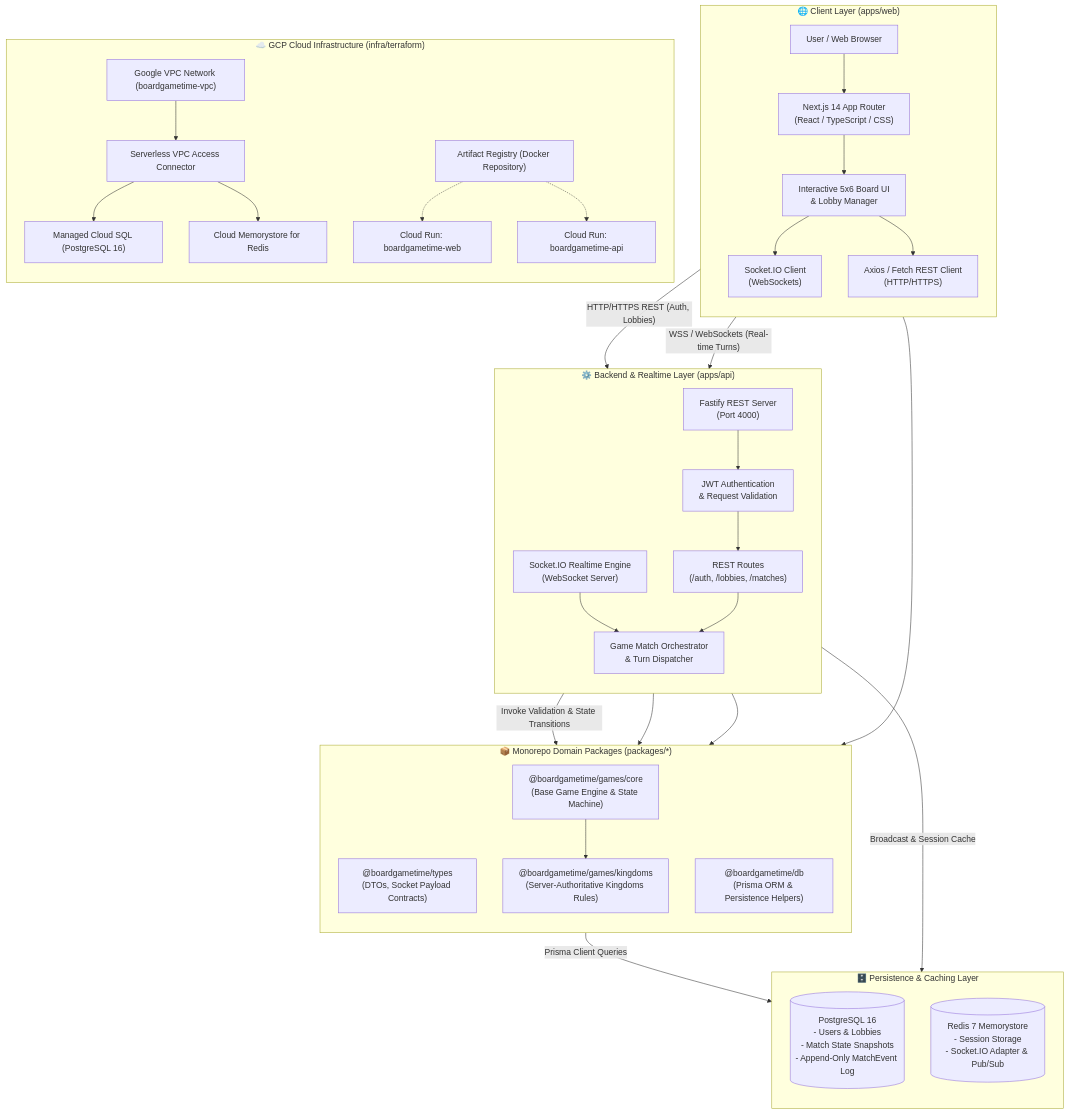
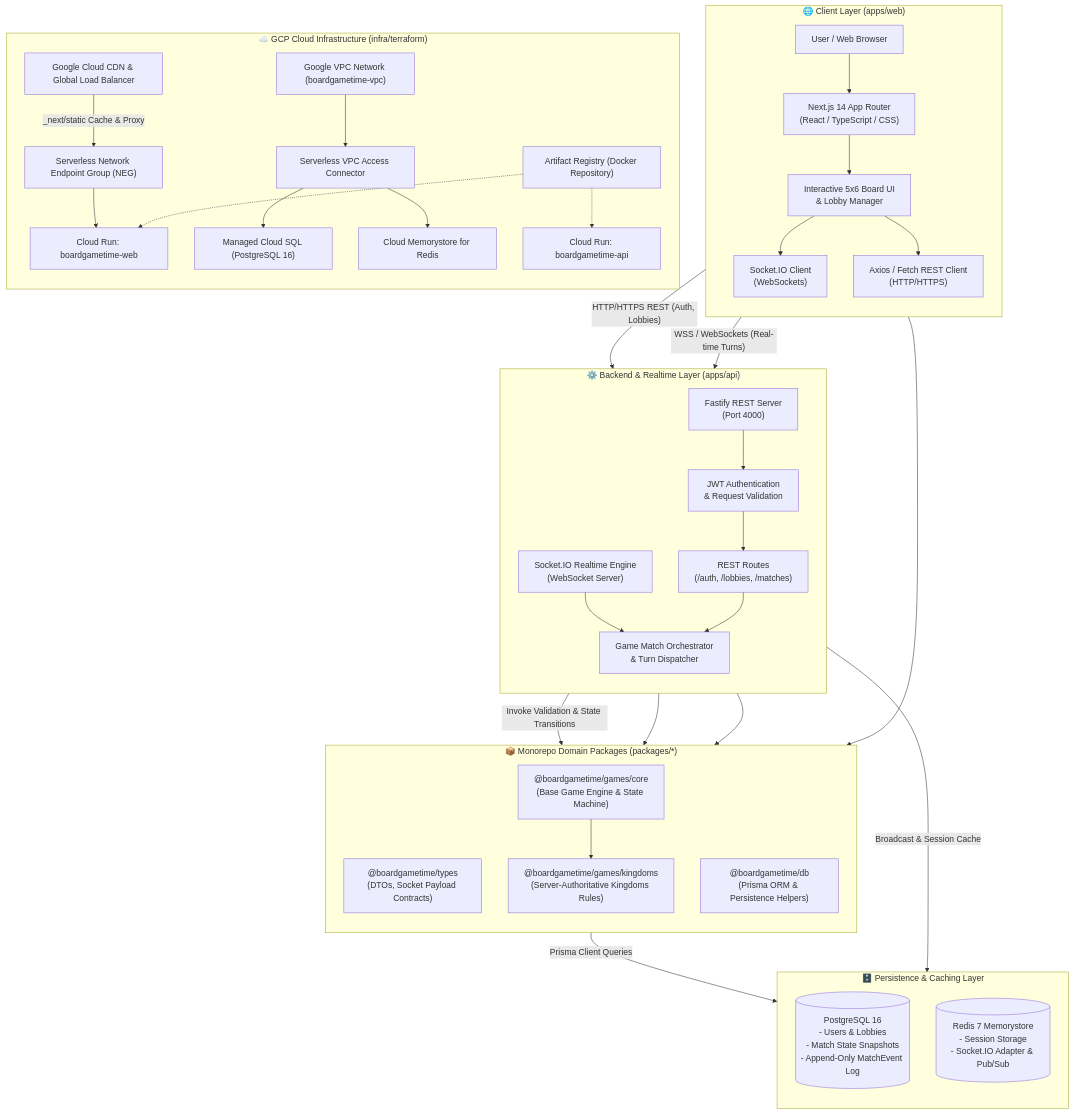
One commit to mbetzel/boardgametime changed the first of 2 diagrams in docs/architecture.md. Above: the diagram before and after it, drawn with Mermaid. The commit also changed other lines of this file and 1 other file, not shown here.

```diff
--- a/docs/architecture.md
+++ b/docs/architecture.md
@@ -69,6 +69,8 @@
     %% ==========================================
     subgraph InfraTier["☁️ GCP Cloud Infrastructure (infra/terraform)"]
         direction TB
+        CloudCDN["Google Cloud CDN & Global Load Balancer"]
+        ServerlessNEG["Serverless Network Endpoint Group (NEG)"]
         VPC["Google VPC Network (boardgametime-vpc)"]
         VPCConn["Serverless VPC Access Connector"]
         CloudRunWeb["Cloud Run: boardgametime-web"]
@@ -77,6 +79,8 @@
         CloudRedis["Cloud Memorystore for Redis"]
         ArtifactReg["Artifact Registry (Docker Repository)"]
 
+        CloudCDN -->|_next/static Cache & Proxy| ServerlessNEG
+        ServerlessNEG --> CloudRunWeb
         VPC --> VPCConn
         VPCConn --> CloudSQL
         VPCConn --> CloudRedis
```
